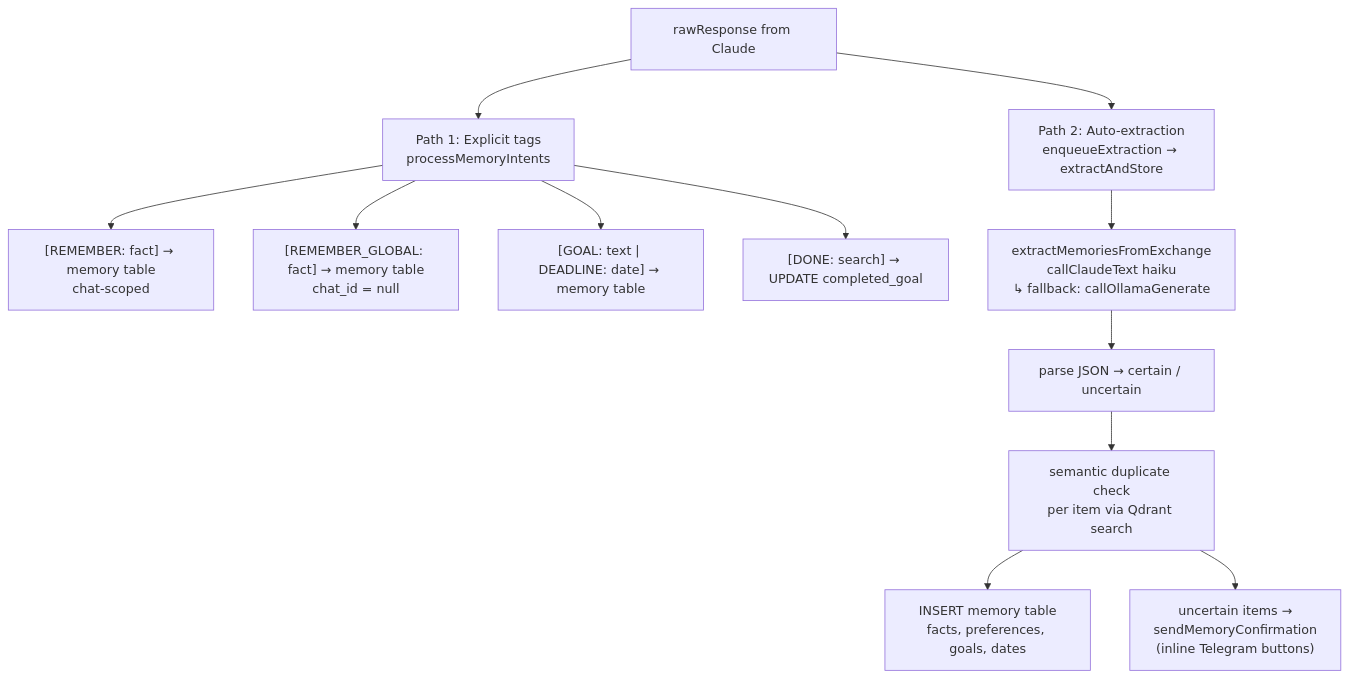
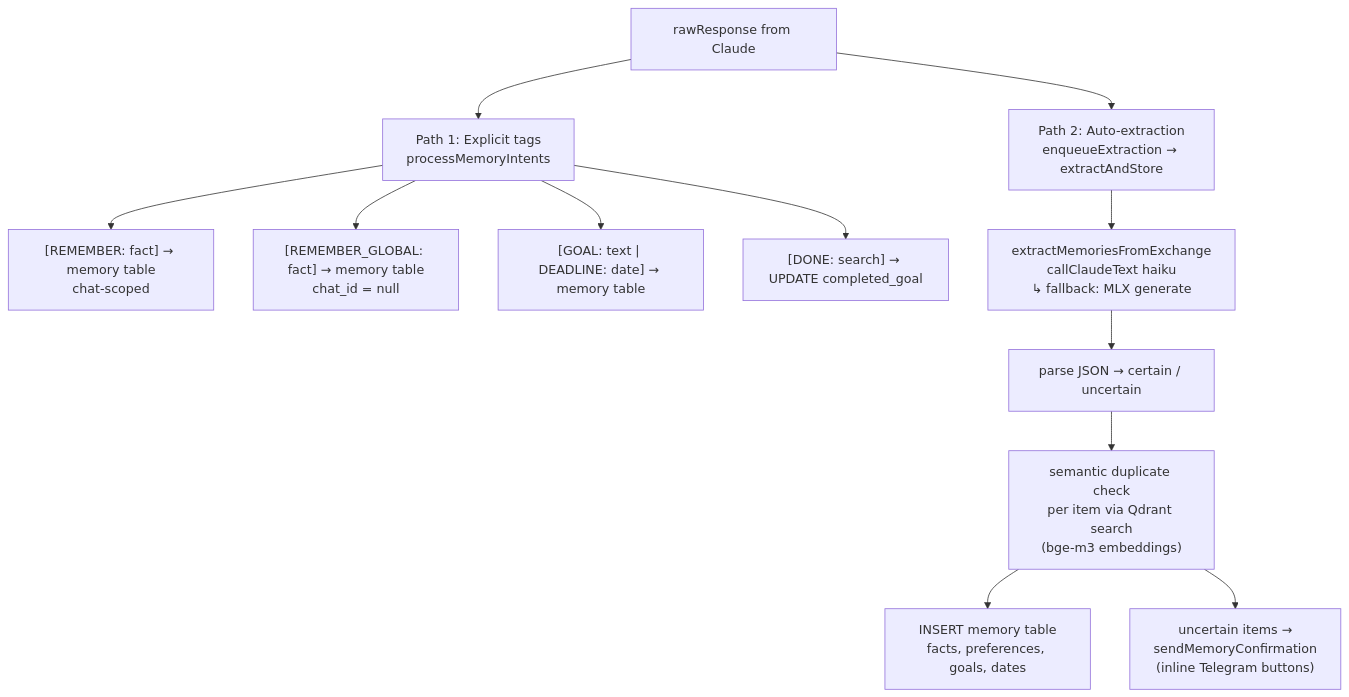
The seventh of 9 diagrams in docs/prompt_builder.md (furi-wigt/claude-telegram-relay), drawn with Mermaid before and after one commit. The commit also changed other lines of this file and 9 other files, not shown here.

First line of the commit message:
docs: purge Ollama refs, update to MLX-only, delete obsolete launchd docs

````diff
--- a/docs/prompt_builder.md
+++ b/docs/prompt_builder.md
@@ -168,16 +168,16 @@
 ```mermaid
 flowchart TD
     RESP[rawResponse from Claude] --> PATH1["Path 1: Explicit tags\nprocessMemoryIntents"]
     RESP --> PATH2["Path 2: Auto-extraction\nenqueueExtraction → extractAndStore"]
 
     PATH1 --> T1["[REMEMBER: fact] → memory table\nchat-scoped"]
     PATH1 --> T2["[REMEMBER_GLOBAL: fact] → memory table\nchat_id = null"]
     PATH1 --> T3["[GOAL: text | DEADLINE: date] → memory table"]
     PATH1 --> T4["[DONE: search] → UPDATE completed_goal"]
 
-    PATH2 --> LLM["extractMemoriesFromExchange\ncallClaudeText haiku\n↳ fallback: callOllamaGenerate"]
+    PATH2 --> LLM["extractMemoriesFromExchange\ncallClaudeText haiku\n↳ fallback: MLX generate"]
     LLM --> PARSE["parse JSON → certain / uncertain"]
-    PARSE --> DEDUP["semantic duplicate check\nper item via Qdrant search"]
+    PARSE --> DEDUP["semantic duplicate check\nper item via Qdrant search\n(bge-m3 embeddings)"]
     DEDUP --> INSERT["INSERT memory table\nfacts, preferences, goals, dates"]
     DEDUP --> CONFIRM["uncertain items →\nsendMemoryConfirmation\n(inline Telegram buttons)"]
 ```
````
